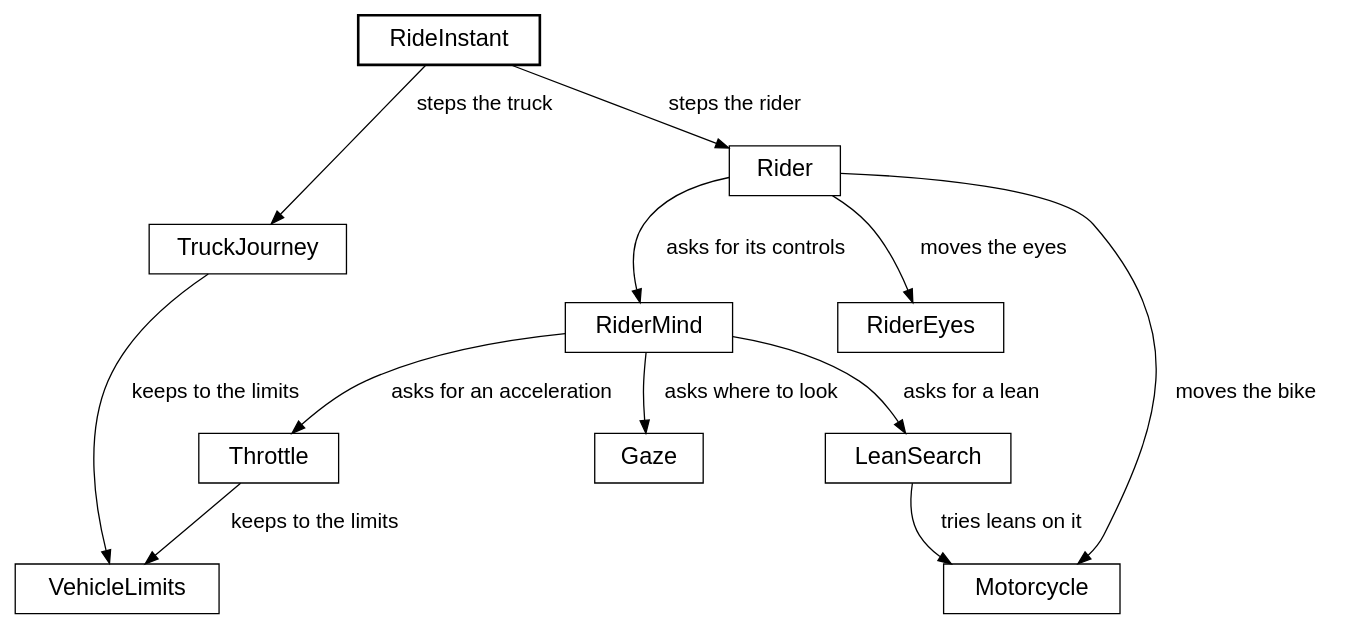
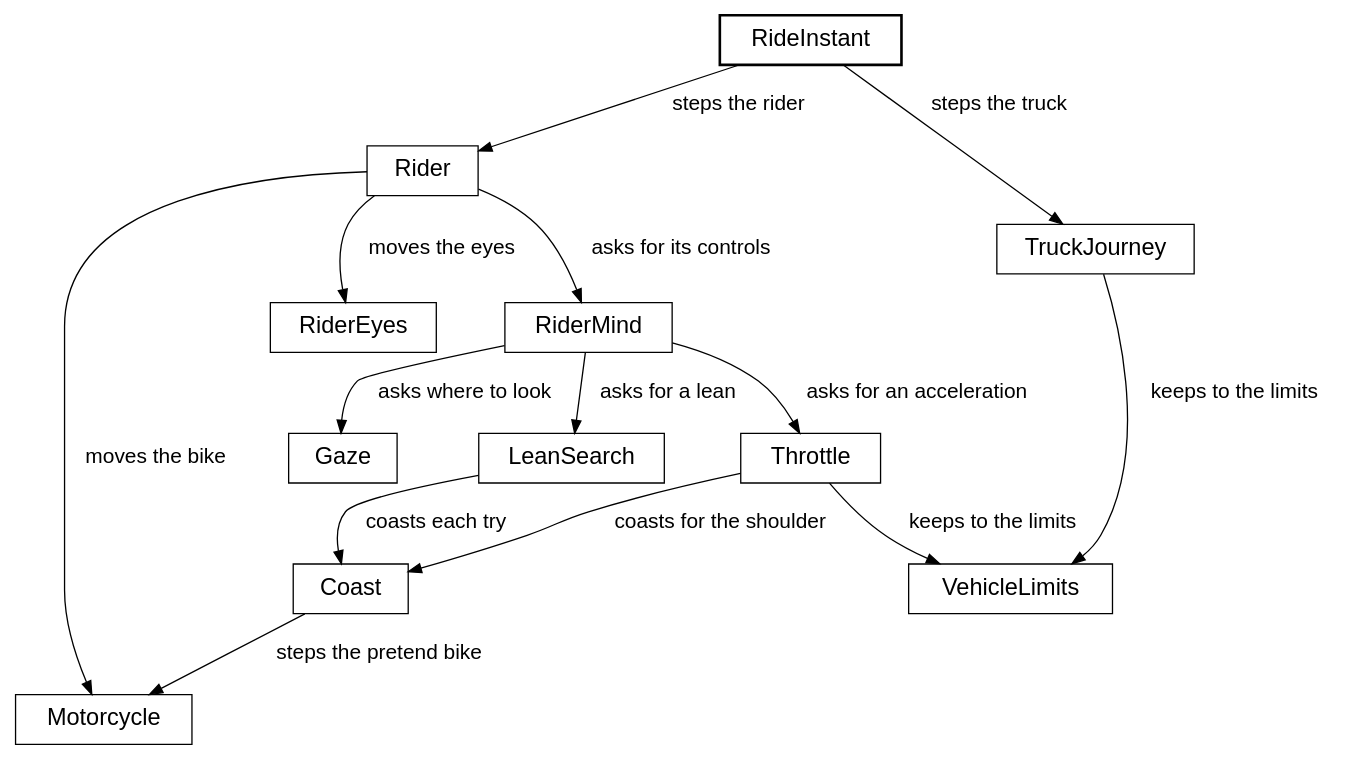
One commit to showell/roc-apps changed the sixth of 15 diagrams in canvas_apps/safari/tutorial/tutorial.md. Above: the diagram before and after it, drawn with Graphviz. The commit also changed other lines of this file, not shown here.

````diff
--- a/canvas_apps/safari/tutorial/tutorial.md
+++ b/canvas_apps/safari/tutorial/tutorial.md
@@ -1439,21 +1438,23 @@
 ```dot
 digraph stepped {
   rankdir=TB;
   nodesep=0.5;
   ranksep=0.6;
   node [shape=box, fontname="Helvetica", fontsize=18, margin="0.25,0.12"];
   edge [fontname="Helvetica", fontsize=16];
   RideInstant [style=bold];
   RideInstant -> Rider [label="  steps the rider"];
   RideInstant -> TruckJourney [label="  steps the truck"];
   Rider -> RiderMind [label="  asks for its controls"];
   Rider -> Motorcycle [label="  moves the bike"];
   Rider -> RiderEyes [label="  moves the eyes"];
   RiderMind -> Throttle [label="  asks for an acceleration"];
   RiderMind -> LeanSearch [label="  asks for a lean"];
   RiderMind -> Gaze [label="  asks where to look"];
   Throttle -> VehicleLimits [label="  keeps to the limits"];
   TruckJourney -> VehicleLimits [label="  keeps to the limits"];
-  LeanSearch -> Motorcycle [label="  tries leans on it"];
+  LeanSearch -> Coast [label="  coasts each try"];
+  Throttle -> Coast [label="  coasts for the shoulder"];
+  Coast -> Motorcycle [label="  steps the pretend bike"];
 }
 ```
````
